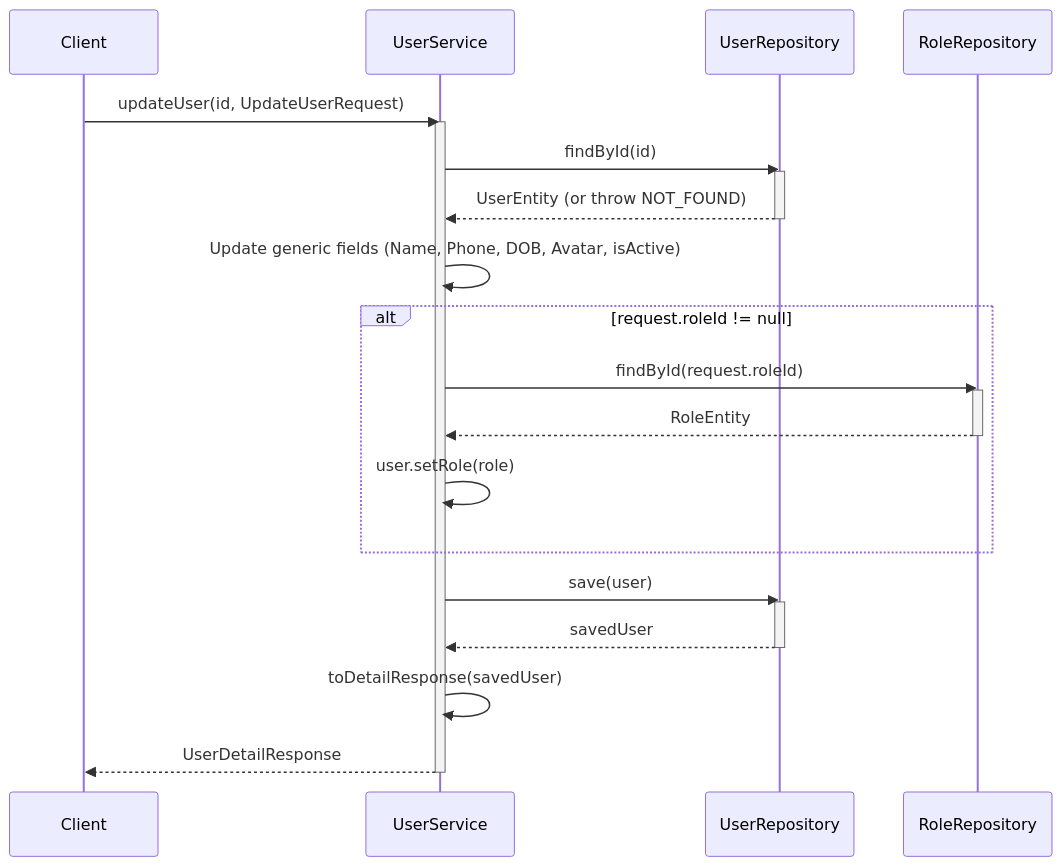
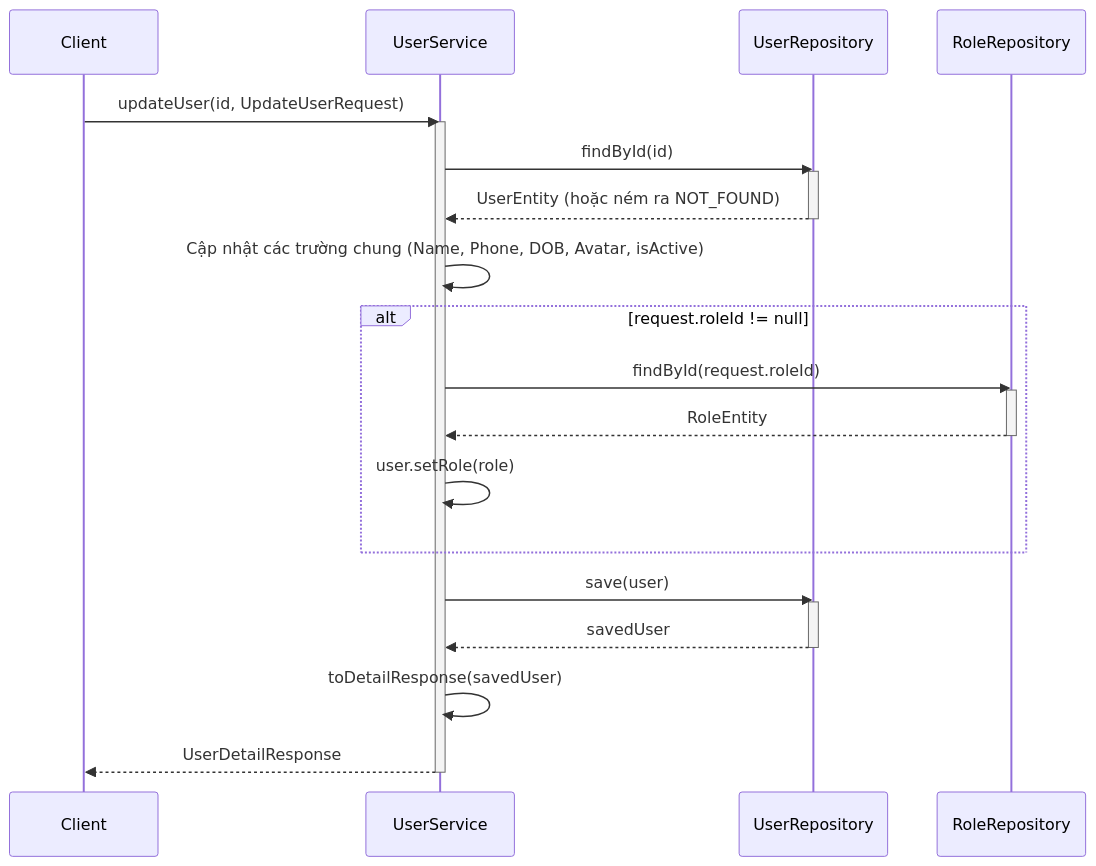
One commit to aquoc09/easymall changed the third of 5 diagrams in .agent/sequence/user_service_sequence_diagrams.md. Above: the diagram before and after it, drawn with Mermaid. The commit also changed other lines of this file and 18 other files, not shown here.

Commit message:
UPDATE: Sequence diagram vietnamese

````diff
--- a/.agent/sequence/user_service_sequence_diagrams.md
+++ b/.agent/sequence/user_service_sequence_diagrams.md
@@ -82,35 +82,35 @@
 ```mermaid
 sequenceDiagram
     participant Client
     participant UserService
     participant UserRepository
     participant RoleRepository
 
     Client->>UserService: updateUser(id, UpdateUserRequest)
     activate UserService
 
     UserService->>UserRepository: findById(id)
     activate UserRepository
-    UserRepository-->>UserService: UserEntity (or throw NOT_FOUND)
+    UserRepository-->>UserService: UserEntity (hoặc ném ra NOT_FOUND)
     deactivate UserRepository
 
-    UserService->>UserService: Update generic fields (Name, Phone, DOB, Avatar, isActive)
+    UserService->>UserService: Cập nhật các trường chung (Name, Phone, DOB, Avatar, isActive)
 
     alt request.roleId != null
         UserService->>RoleRepository: findById(request.roleId)
         activate RoleRepository
         RoleRepository-->>UserService: RoleEntity
         deactivate RoleRepository
         UserService->>UserService: user.setRole(role)
     end
 
     UserService->>UserRepository: save(user)
     activate UserRepository
     UserRepository-->>UserService: savedUser
     deactivate UserRepository
 
     UserService->>UserService: toDetailResponse(savedUser)
     
     UserService-->>Client: UserDetailResponse
     deactivate UserService
 ```
````
